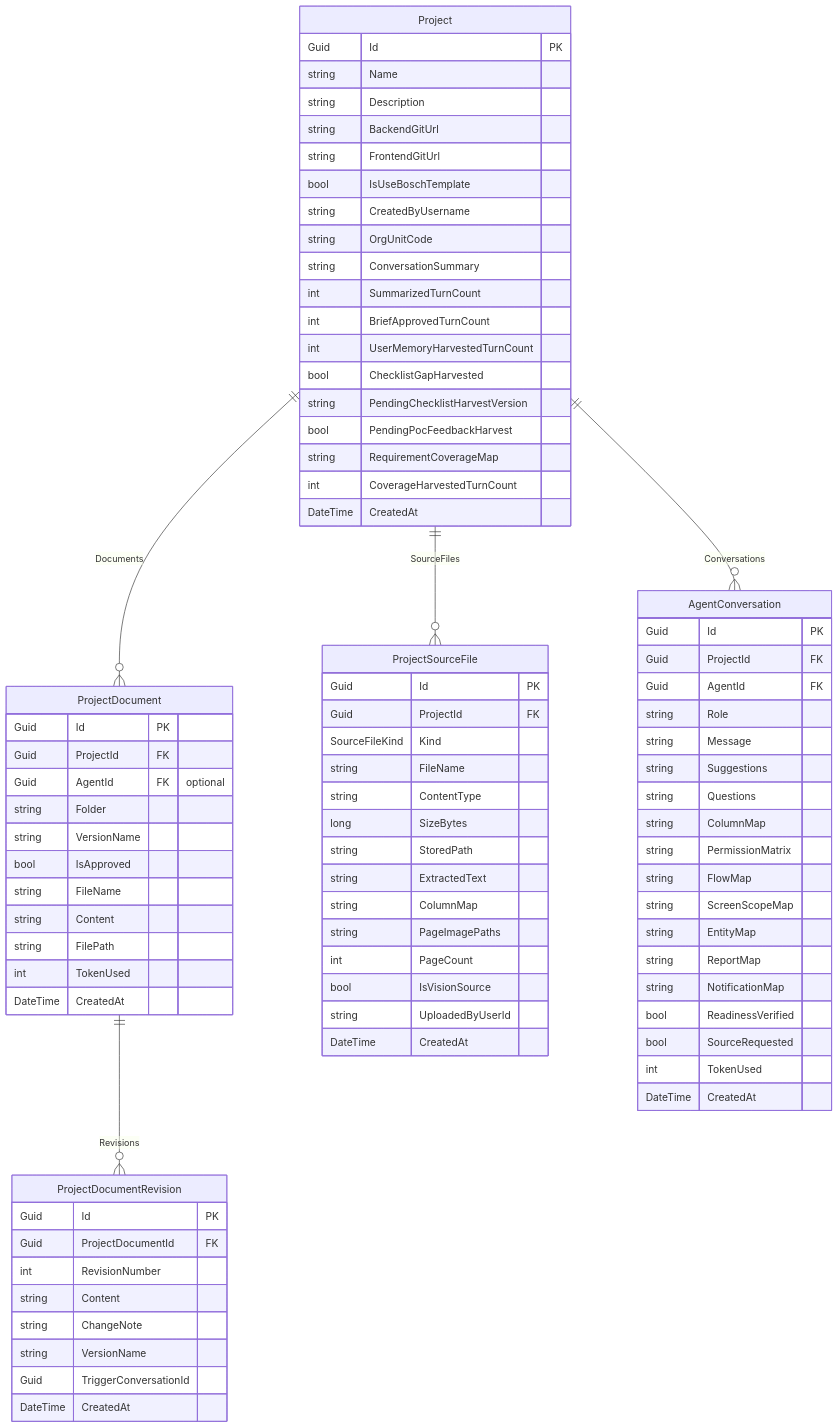
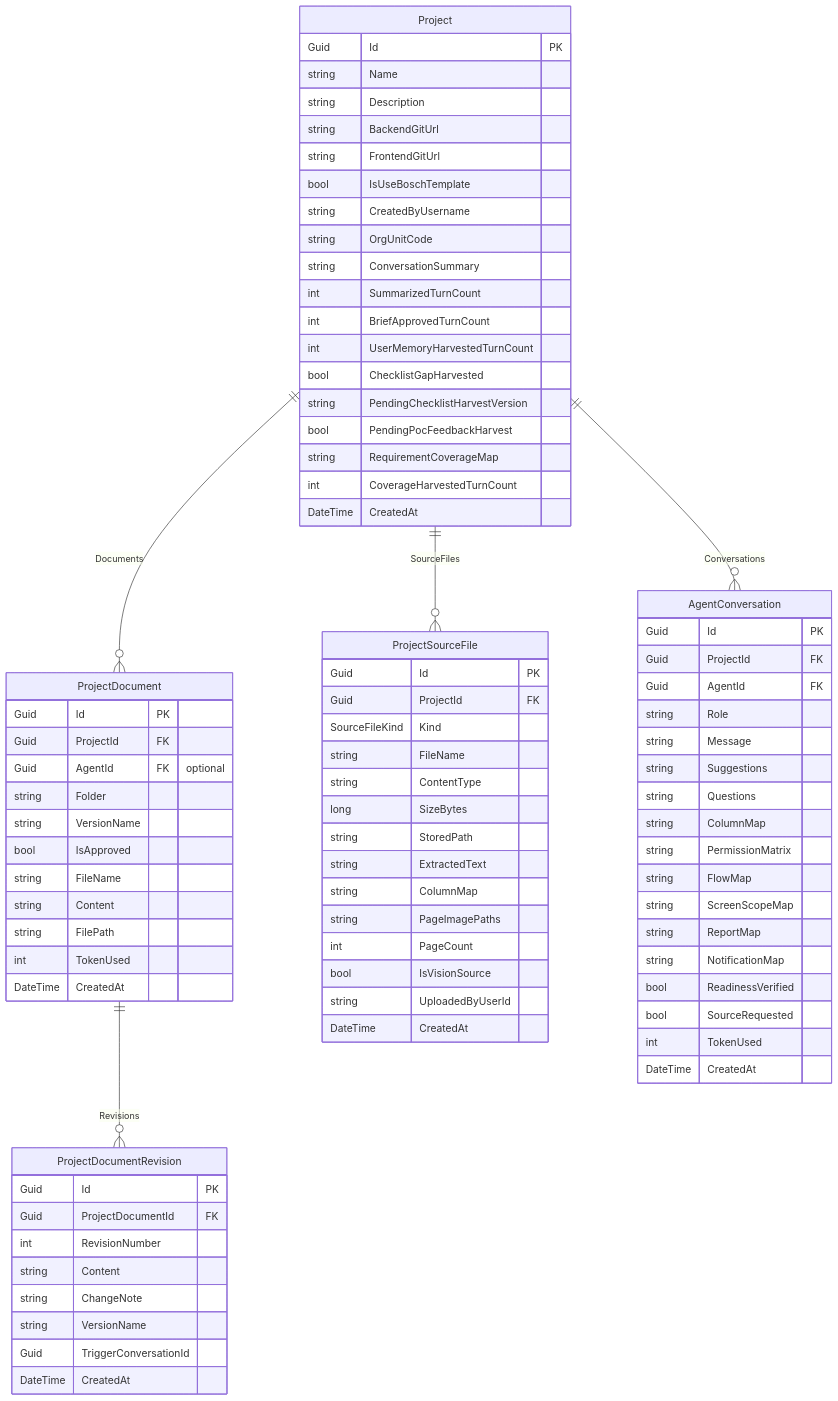
One commit to Songlong0506/ICOGenerator-v4 changed the second of 9 diagrams in docs/data-model.md. Above: the diagram before and after it, drawn with Mermaid. The commit also changed other lines of this file and 70 other files, not shown here.

```diff
--- a/docs/data-model.md
+++ b/docs/data-model.md
@@ -168,7 +168,6 @@
         string PermissionMatrix
         string FlowMap
         string ScreenScopeMap
-        string EntityMap
         string ReportMap
         string NotificationMap
         bool ReadinessVerified
```
